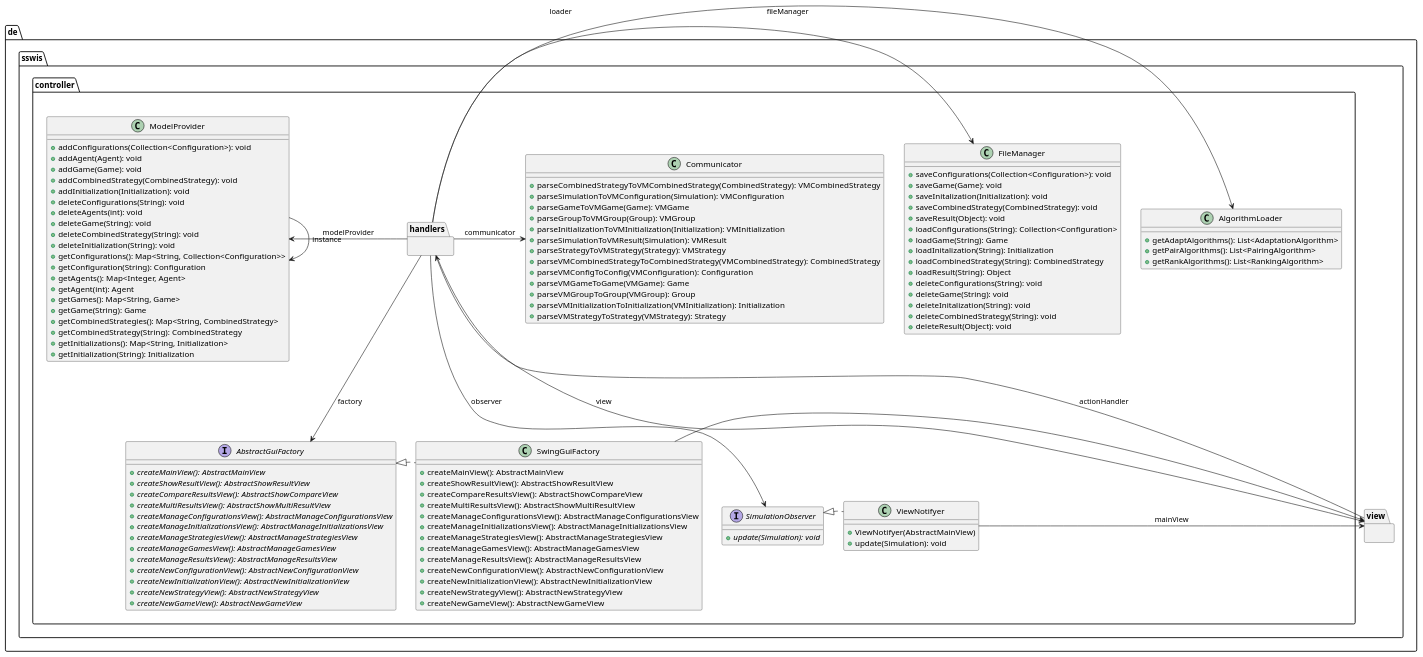
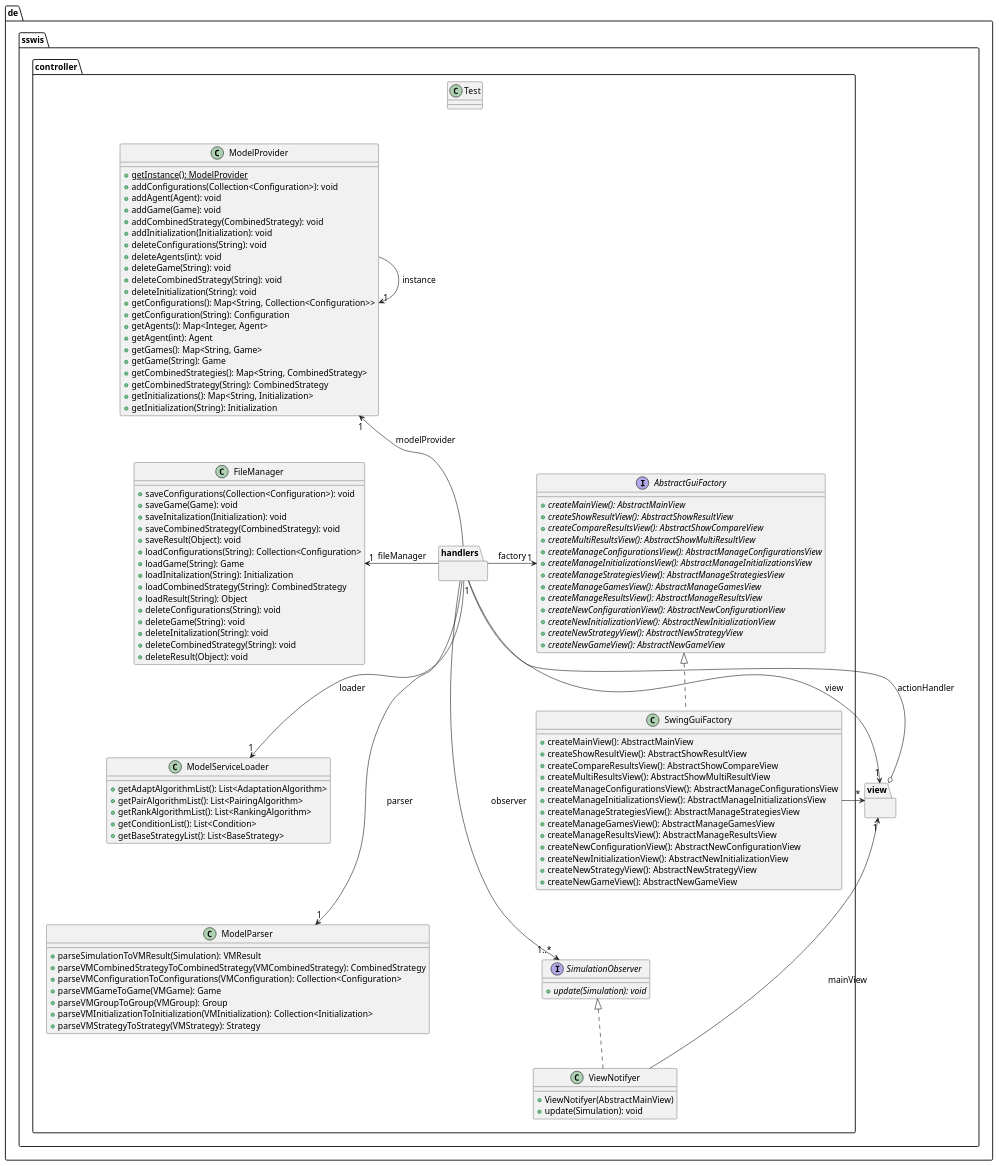
Before and after one commit to max-97/pse: the diagram in Entwurf/Diagramme/Controller_package.puml, drawn with PlantUML. The commit also changed 13 other files, not shown here.

First line of the commit message:
UML Klassendiagramme und mehr

```diff
--- a/Entwurf/Diagramme/Controller_package.puml
+++ b/Entwurf/Diagramme/Controller_package.puml
@@ -1,150 +1,158 @@
 @startuml
+skinparam defaultFontSize 15
 
     namespace de.sswis.view {
 
     }
 
     namespace de.sswis.controller {
 
 
+        namespace de.sswis.controller.handlers {
+        }
         together {
-            namespace de.sswis.controller.handlers {
-            }
 
-            class de.sswis.controller.AlgorithmLoader [[AlgorithmLoader.html]] {
-                +getAdaptAlgorithms(): List<AdaptationAlgorithm>
-                +getPairAlgorithms(): List<PairingAlgorithm>
-                +getRankAlgorithms(): List<RankingAlgorithm>
-            }
+            class de.sswis.controller.ModelServiceLoader [[ModelServiceLoader.html]] {
+                        +getAdaptAlgorithmList(): List<AdaptationAlgorithm>
+                        +getPairAlgorithmList(): List<PairingAlgorithm>
+                        +getRankAlgorithmList(): List<RankingAlgorithm>
+                        +getConditionList(): List<Condition>
+                        +getBaseStrategyList(): List<BaseStrategy>
+                    }
 
-            class de.sswis.controller.Communicator [[Communicator.html]] {
-                +parseCombinedStrategyToVMCombinedStrategy(CombinedStrategy): VMCombinedStrategy
-                +parseSimulationToVMConfiguration(Simulation): VMConfiguration
-                +parseGameToVMGame(Game): VMGame
-                +parseGroupToVMGroup(Group): VMGroup
-                +parseInitializationToVMInitialization(Initialization): VMInitialization
-                +parseSimulationToVMResult(Simulation): VMResult
-                +parseStrategyToVMStrategy(Strategy): VMStrategy
-                +parseVMCombinedStrategyToCombinedStrategy(VMCombinedStrategy): CombinedStrategy
-                +parseVMConfigToConfig(VMConfiguration): Configuration
-                +parseVMGameToGame(VMGame): Game
-                +parseVMGroupToGroup(VMGroup): Group
-                +parseVMInitializationToInitialization(VMInitialization): Initialization
-                +parseVMStrategyToStrategy(VMStrategy): Strategy
-            }
+            class de.sswis.controller.ModelParser [[ModelParser.html]] {
+                        +parseSimulationToVMResult(Simulation): VMResult
+                        +parseVMCombinedStrategyToCombinedStrategy(VMCombinedStrategy): CombinedStrategy
+                        +parseVMConfigurationToConfigurations(VMConfiguration): Collection<Configuration>
+                        +parseVMGameToGame(VMGame): Game
+                        +parseVMGroupToGroup(VMGroup): Group
+                        +parseVMInitializationToInitialization(VMInitialization): Collection<Initialization>
+                        +parseVMStrategyToStrategy(VMStrategy): Strategy
+                    }
 
             class de.sswis.controller.FileManager [[FileManager.html]] {
                 +saveConfigurations(Collection<Configuration>): void
                 +saveGame(Game): void
                 +saveInitalization(Initialization): void
                 +saveCombinedStrategy(CombinedStrategy): void
                 +saveResult(Object): void
                 +loadConfigurations(String): Collection<Configuration>
                 +loadGame(String): Game
                 +loadInitalization(String): Initialization
                 +loadCombinedStrategy(String): CombinedStrategy
                 +loadResult(String): Object
                 +deleteConfigurations(String): void
                 +deleteGame(String): void
                 +deleteInitalization(String): void
                 +deleteCombinedStrategy(String): void
                 +deleteResult(Object): void
             }
 
             class de.sswis.controller.ModelProvider [[ModelProvider.html]] {
+                {static} +getInstance(): ModelProvider
                 +addConfigurations(Collection<Configuration>): void
                 +addAgent(Agent): void
                 +addGame(Game): void
                 +addCombinedStrategy(CombinedStrategy): void
                 +addInitialization(Initialization): void
                 +deleteConfigurations(String): void
                 +deleteAgents(int): void
                 +deleteGame(String): void
                 +deleteCombinedStrategy(String): void
                 +deleteInitialization(String): void
                 +getConfigurations(): Map<String, Collection<Configuration>>
                 +getConfiguration(String): Configuration
                 +getAgents(): Map<Integer, Agent>
                 +getAgent(int): Agent
                 +getGames(): Map<String, Game>
                 +getGame(String): Game
                 +getCombinedStrategies(): Map<String, CombinedStrategy>
                 +getCombinedStrategy(String): CombinedStrategy
                 +getInitializations(): Map<String, Initialization>
                 +getInitialization(String): Initialization
             }
         }
 
         together {
             interface de.sswis.controller.AbstractGuiFactory [[AbstractGuiFactory.html]] {
                 {abstract} +createMainView(): AbstractMainView
                 {abstract} +createShowResultView(): AbstractShowResultView
                 {abstract} +createCompareResultsView(): AbstractShowCompareView
                 {abstract} +createMultiResultsView(): AbstractShowMultiResultView
                 {abstract} +createManageConfigurationsView(): AbstractManageConfigurationsView
                 {abstract} +createManageInitializationsView(): AbstractManageInitializationsView
                 {abstract} +createManageStrategiesView(): AbstractManageStrategiesView
                 {abstract} +createManageGamesView(): AbstractManageGamesView
                 {abstract} +createManageResultsView(): AbstractManageResultsView
                 {abstract} +createNewConfigurationView(): AbstractNewConfigurationView
                 {abstract} +createNewInitializationView(): AbstractNewInitializationView
                 {abstract} +createNewStrategyView(): AbstractNewStrategyView
                 {abstract} +createNewGameView(): AbstractNewGameView
             }
 
             class de.sswis.controller.SwingGuiFactory [[SwingGuiFactory.html]] {
                 +createMainView(): AbstractMainView
                 +createShowResultView(): AbstractShowResultView
                 +createCompareResultsView(): AbstractShowCompareView
                 +createMultiResultsView(): AbstractShowMultiResultView
                 +createManageConfigurationsView(): AbstractManageConfigurationsView
                 +createManageInitializationsView(): AbstractManageInitializationsView
                 +createManageStrategiesView(): AbstractManageStrategiesView
                 +createManageGamesView(): AbstractManageGamesView
                 +createManageResultsView(): AbstractManageResultsView
                 +createNewConfigurationView(): AbstractNewConfigurationView
                 +createNewInitializationView(): AbstractNewInitializationView
                 +createNewStrategyView(): AbstractNewStrategyView
                 +createNewGameView(): AbstractNewGameView
             }
 
         }
 
         together {
 
             interface de.sswis.controller.SimulationObserver [[SimulationObserver.html]] {
                         {abstract} +update(Simulation): void
             }
 
             class de.sswis.controller.ViewNotifyer [[ViewNotifyer.html]] {
                         +ViewNotifyer(AbstractMainView)
                         +update(Simulation): void
             }
 
         }
 
-        de.sswis.controller.ModelProvider -[hidden]> de.sswis.controller.Communicator
-        de.sswis.controller.Communicator -[hidden]> de.sswis.controller.FileManager
-        de.sswis.controller.FileManager -[hidden]> de.sswis.controller.AlgorithmLoader
-        de.sswis.controller.AlgorithmLoader -[hidden]> de.sswis.controller.handlers
-        de.sswis.controller.ModelProvider -[hidden]--> de.sswis.controller.AbstractGuiFactory
-        de.sswis.controller.AbstractGuiFactory -[hidden]> de.sswis.controller.SwingGuiFactory
-        de.sswis.controller.SimulationObserver -[hidden]> de.sswis.controller.ViewNotifyer
-        de.sswis.controller.ModelProvider -[hidden]--> de.sswis.controller.SimulationObserver
 
-        de.sswis.view -> de.sswis.controller.handlers : actionHandler
-        de.sswis.controller.handlers -> de.sswis.view : view
-        de.sswis.controller.handlers -> de.sswis.controller.AbstractGuiFactory : factory
-        de.sswis.controller.handlers -> de.sswis.controller.FileManager :fileManager
-        de.sswis.controller.handlers -> de.sswis.controller.AlgorithmLoader : loader
-        de.sswis.controller.handlers -> de.sswis.controller.ModelProvider : modelProvider
-        de.sswis.controller.handlers -> de.sswis.controller.SimulationObserver : observer
-        de.sswis.controller.handlers -> de.sswis.controller.Communicator : communicator
-        de.sswis.controller.ModelProvider -> de.sswis.controller.ModelProvider: instance
-        de.sswis.controller.SwingGuiFactory -> de.sswis.view
-        de.sswis.controller.ViewNotifyer -> de.sswis.view : mainView
+        de.sswis.controller.Test -[hidden]--> de.sswis.controller.handlers
+        hide de.sswis.controller.Test
+
+        de.sswis.controller.ModelProvider -[hidden]-> de.sswis.controller.FileManager
+        de.sswis.controller.ModelProvider -[hidden]> de.sswis.controller.handlers
+        de.sswis.controller.ModelProvider -[hidden]--> de.sswis.controller.handlers
+        de.sswis.controller.ModelProvider -[hidden]--> de.sswis.controller.ModelParser
+        de.sswis.controller.FileManager -[hidden]-> de.sswis.controller.ModelServiceLoader
+        de.sswis.controller.FileManager -[hidden]> de.sswis.controller.handlers
+        de.sswis.controller.ModelServiceLoader -[hidden]> de.sswis.controller.handlers
+        de.sswis.controller.ModelServiceLoader -[hidden]-> de.sswis.controller.ModelParser
+
+        de.sswis.controller.handlers -[hidden]> de.sswis.controller.AbstractGuiFactory
+        de.sswis.controller.handlers -[hidden]> de.sswis.controller.SimulationObserver
+        de.sswis.controller.ModelParser -[hidden]> de.sswis.controller.handlers
+
+        de.sswis.controller.SwingGuiFactory -[hidden]-> de.sswis.controller.SimulationObserver
+
+        de.sswis.view o-- "1" de.sswis.controller.handlers : actionHandler
+        de.sswis.controller.handlers --> "1" de.sswis.view : view
+        de.sswis.controller.handlers --> "1" de.sswis.controller.AbstractGuiFactory : factory
+        de.sswis.controller.handlers -> "1" de.sswis.controller.FileManager :fileManager
+        de.sswis.controller.handlers -> "1" de.sswis.controller.ModelServiceLoader : loader
+        de.sswis.controller.handlers --> "1" de.sswis.controller.ModelProvider : modelProvider
+        de.sswis.controller.handlers --> "1..*" de.sswis.controller.SimulationObserver : observer
+        de.sswis.controller.handlers -> "1" de.sswis.controller.ModelParser : parser
+        de.sswis.controller.ModelProvider -> "1" de.sswis.controller.ModelProvider: instance
+        de.sswis.controller.SwingGuiFactory -> "*" de.sswis.view
+        de.sswis.controller.ViewNotifyer -> "1" de.sswis.view : mainView
         de.sswis.controller.AbstractGuiFactory <|.. de.sswis.controller.SwingGuiFactory
         de.sswis.controller.SimulationObserver <|.. de.sswis.controller.ViewNotifyer
     }
 
 @enduml
```
